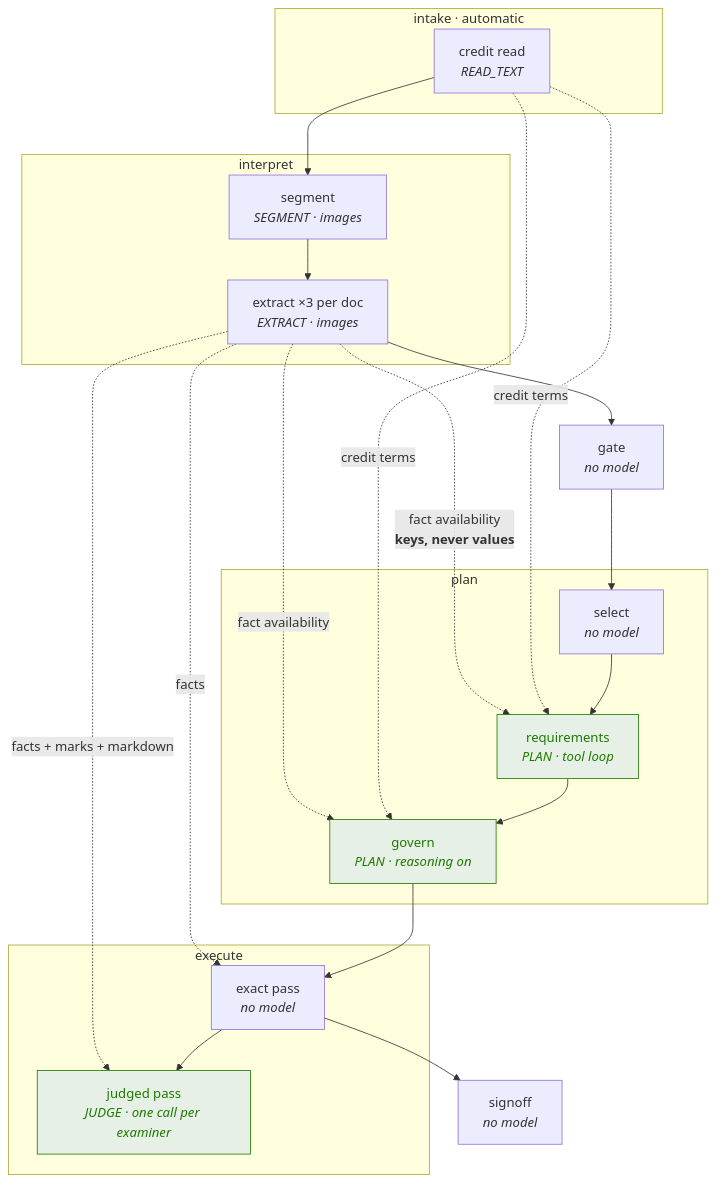
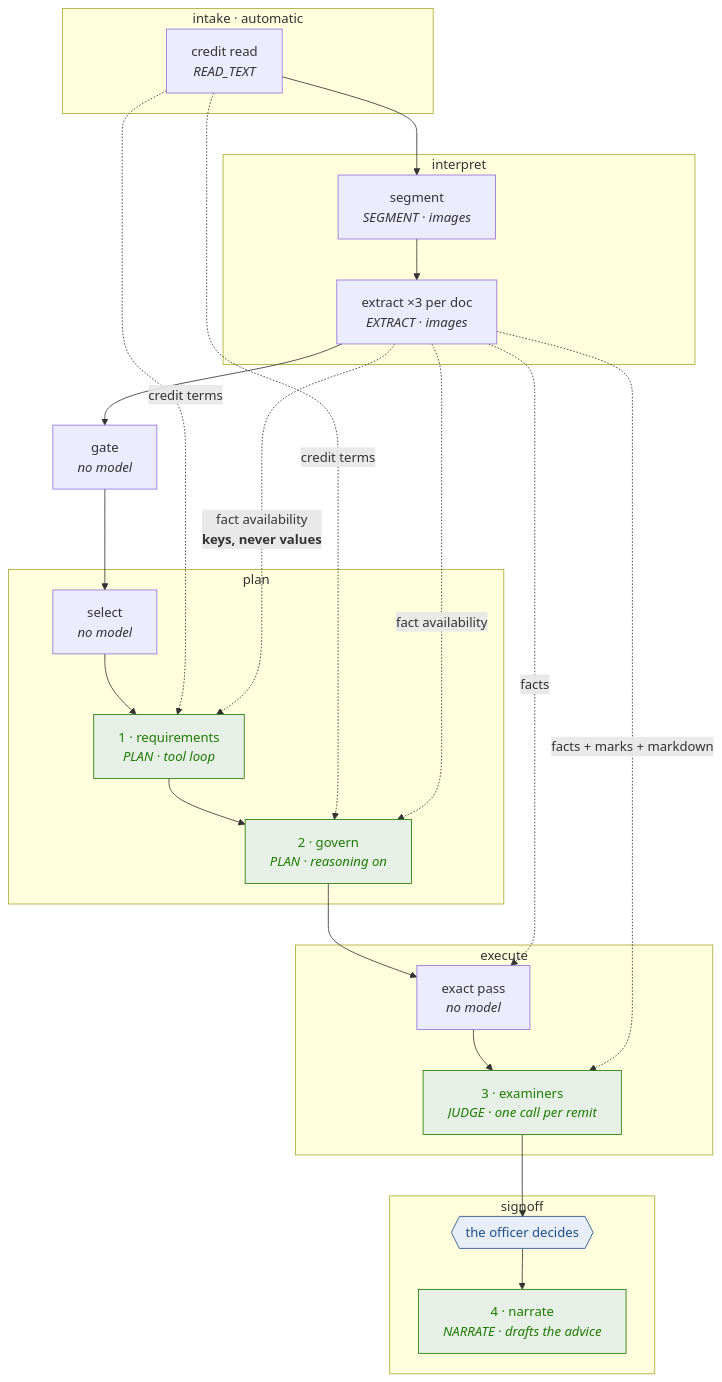
One commit to smile-rr/lc-multidoc-checker changed the second of 4 diagrams in docs/architecture/evidence-and-agents.md. Above: the diagram before and after it, drawn with Mermaid. The commit also changed other lines of this file and 1 other file, not shown here.

First line of the commit message:
docs(architecture): refine evidence and agents documentation for clarity and accuracy

````diff
--- a/docs/architecture/evidence-and-agents.md
+++ b/docs/architecture/evidence-and-agents.md
@@ -162,39 +199,48 @@
 ```mermaid
 flowchart TD
   subgraph INTAKE["intake · automatic"]
     CR["credit read<br/><i>READ_TEXT</i>"]
   end
 
   subgraph INTERPRET["interpret"]
     SEG["segment<br/><i>SEGMENT · images</i>"] --> EX["extract ×3 per doc<br/><i>EXTRACT · images</i>"]
   end
 
   GATE["gate<br/><i>no model</i>"]
 
   subgraph PLAN["plan"]
     SEL["select<br/><i>no model</i>"]
-    REQ["requirements<br/><i>PLAN · tool loop</i>"]
-    GOV["govern<br/><i>PLAN · reasoning on</i>"]
+    REQ["1 · requirements<br/><i>PLAN · tool loop</i>"]
+    GOV["2 · govern<br/><i>PLAN · reasoning on</i>"]
     SEL --> REQ --> GOV
   end
 
   subgraph EXEC["execute"]
     XA["exact pass<br/><i>no model</i>"]
-    XJ["judged pass<br/><i>JUDGE · one call per examiner</i>"]
+    XJ["3 · examiners<br/><i>JUDGE · one call per remit</i>"]
     XA --> XJ
+  end
+
+  subgraph SIGN["signoff"]
+    OFF{{"the officer decides"}}
+    NAR["4 · narrate<br/><i>NARRATE · drafts the advice</i>"]
+    OFF --> NAR
   end
 
   CR --> SEG
   EX --> GATE --> SEL
-  GOV --> XA --> SIGN["signoff<br/><i>no model</i>"]
+  GOV --> XA
+  XJ --> OFF
 
   CR -. "credit terms" .-> REQ
   CR -. "credit terms" .-> GOV
   EX -. "fact availability<br/><b>keys, never values</b>" .-> REQ
   EX -. "fact availability" .-> GOV
   EX -. "facts" .-> XA
   EX -. "facts + marks + markdown" .-> XJ
 
   classDef add fill:#E6F0E6,stroke:#1F7A00,color:#1F7A00
-  class REQ,GOV,XJ add
+  classDef human fill:#E8EEF7,stroke:#1F4E88,color:#1F4E88
+  class REQ,GOV,XJ,NAR add
+  class OFF human
 ```
````
